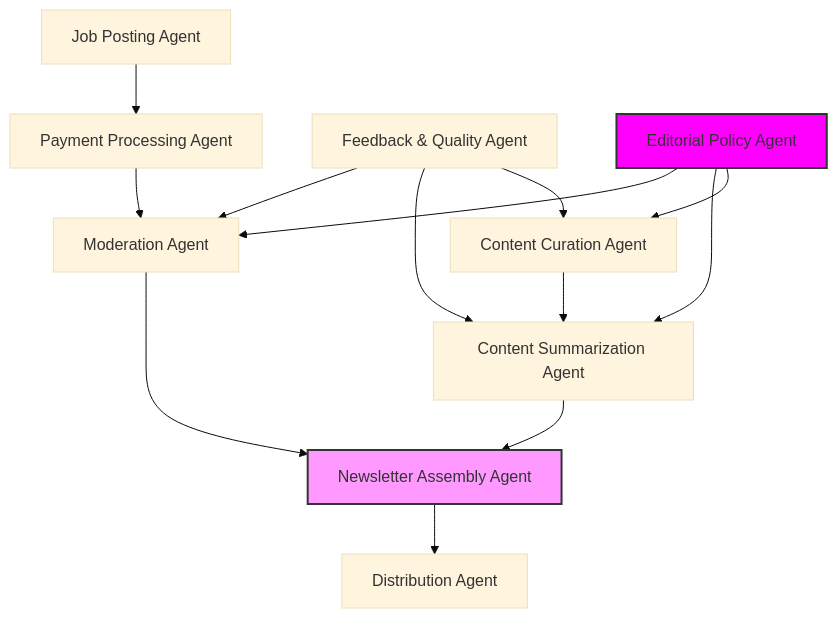
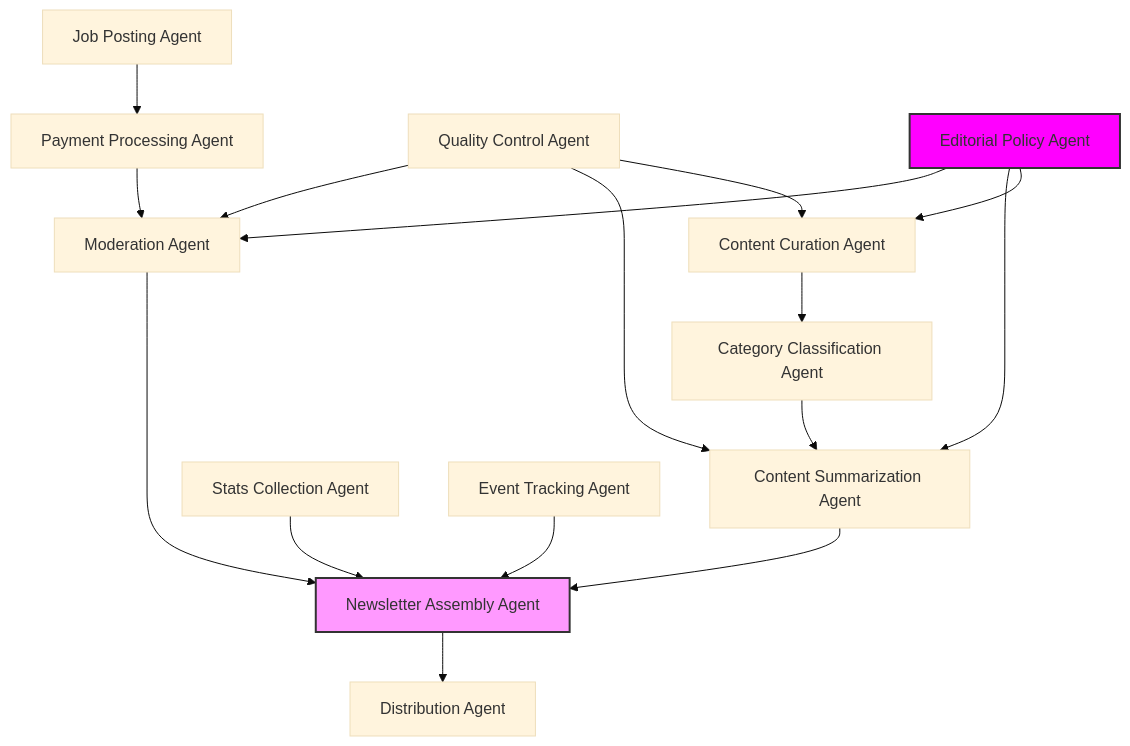
Before and after one commit to Agentopians/WeAi: the diagram in ARCHITECTURE.md, drawn with Mermaid (base theme). The commit also changed other lines of this file, not shown here.

Commit message:
docs: Update ARCHITECTURE.md with detailed newsletter AI system components

````diff
--- a/ARCHITECTURE.md
+++ b/ARCHITECTURE.md
@@ -5,22 +5,26 @@
 ```mermaid
 graph TD
-    A[Content Curation Agent] --> B[Content Summarization Agent]
-    B --> C[Newsletter Assembly Agent]
+    A[Content Curation Agent] --> B[Category Classification Agent]
+    B --> C[Content Summarization Agent]
+    C --> D[Newsletter Assembly Agent]
     
-    D[Job Posting Agent] --> E[Payment Processing Agent]
-    E --> F[Moderation Agent]
-    F --> C
+    E[Job Posting Agent] --> F[Payment Processing Agent]
+    F --> G[Moderation Agent]
+    G --> D
     
-    C --> G[Distribution Agent]
+    H[Stats Collection Agent] --> D
+    I[Event Tracking Agent] --> D
     
-    H[Feedback & Quality Agent] --> A
-    H --> B
-    H --> F
+    D --> J[Distribution Agent]
     
-    I[Editorial Policy Agent] --> A
-    I --> B
-    I --> F
+    K[Quality Control Agent] --> A
+    K --> C
+    K --> G
     
-    style C fill:#f9f,stroke:#333,stroke-width:2px
-    style I fill:#f0f,stroke:#333,stroke-width:2px
+    L[Editorial Policy Agent] --> A
+    L --> C
+    L --> G
+    
+    style D fill:#f9f,stroke:#333,stroke-width:2px
+    style L fill:#f0f,stroke:#333,stroke-width:2px
 ```
````
